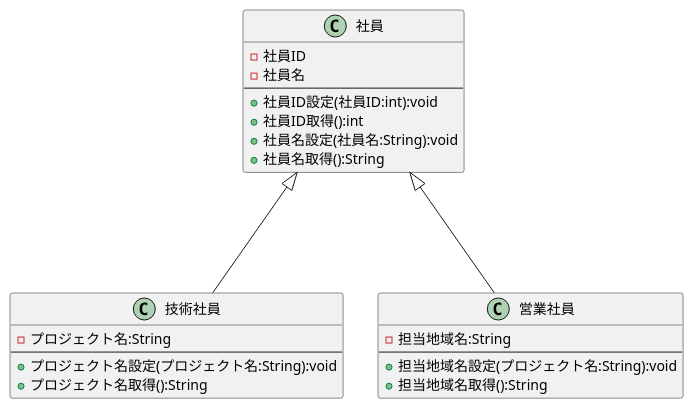
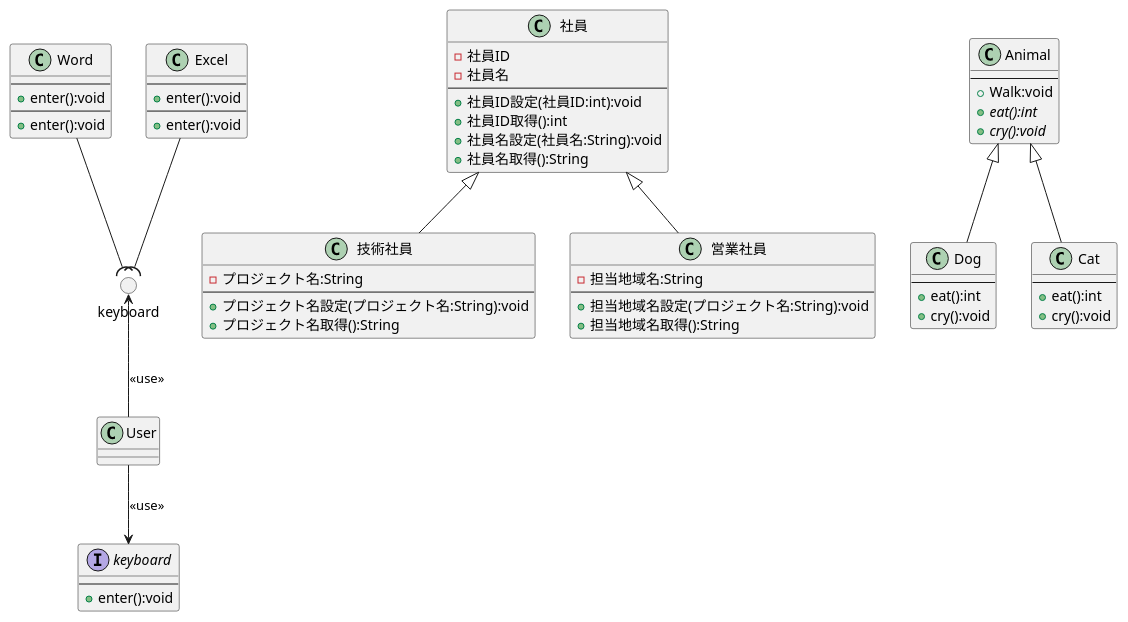
Before and after one commit to IshikawaMasato/uml-introduction: the diagram in 図3-3_継承・抽象・インターフェース.pu, drawn with PlantUML.

Commit message:
例題３－１の作成

```diff
--- a/図3-3_継承・抽象・インターフェース.pu
+++ b/図3-3_継承・抽象・インターフェース.pu
@@ -1,25 +1,80 @@
 @startuml 図３－３
 class 社員{
 - 社員ID
 - 社員名
 ---
 + 社員ID設定(社員ID:int):void
 + 社員ID取得():int
 + 社員名設定(社員名:String):void
 + 社員名取得():String
 }
 class 技術社員{
 - プロジェクト名:String
 ---
 + プロジェクト名設定(プロジェクト名:String):void
 + プロジェクト名取得():String
 }
 class 営業社員{
 - 担当地域名:String
 ---
 + 担当地域名設定(プロジェクト名:String):void
 + 担当地域名取得():String
 }
-社員<|--down- 技術社員
-社員<|--down- 営業社員
+社員<|-down- 技術社員
+社員<|-down- 営業社員
+
+
+class Animal {
+---
++ Walk:void
++ {abstract} eat():int
++ {abstract} cry():void
+}
+class Dog {
+---
++ eat():int
++ cry():void
+}
+class Cat {
+---
++ eat():int
++ cry():void
+}
+Animal <|-down- Dog
+Animal <|-down- Cat
+
+
+class Word {
+---
++ enter():void
+}
+class Excel {
+---
++ enter():void
+}
+interface keyboard {
+' <<interface>>
+---
++ enter():void
+}
+' keyboard <|.. Word
+' keyboard <|.. Excel
+class User {
+}
+keyboard <-up- User:<< use >>
+
+class Word {
+---
++ enter():void
+}
+class Excel {
+---
++ enter():void
+}
+circle "keyboard" as I1
+Word --( I1
+Excel --( I1
+class User {
+}
+I1 <-- User:<< use >>
 @enduml
```
